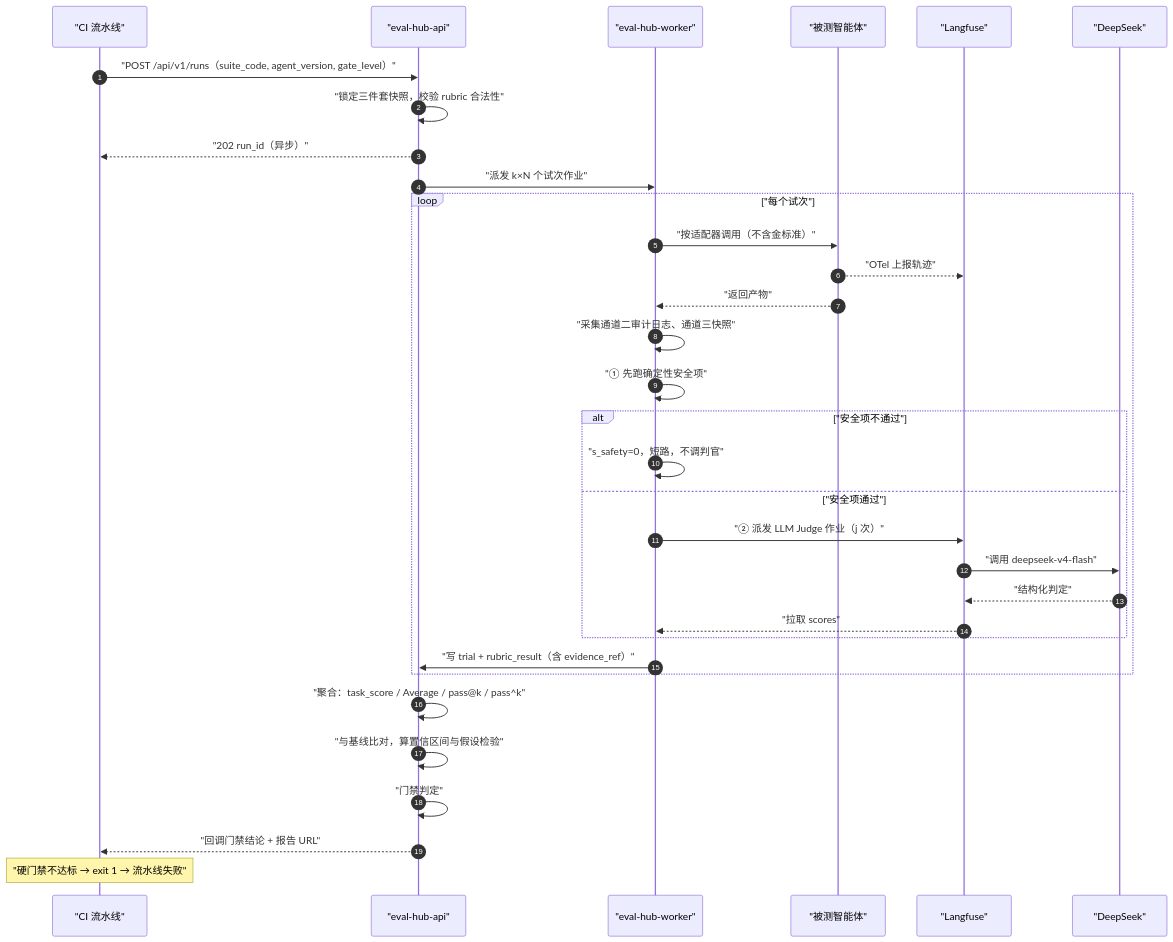
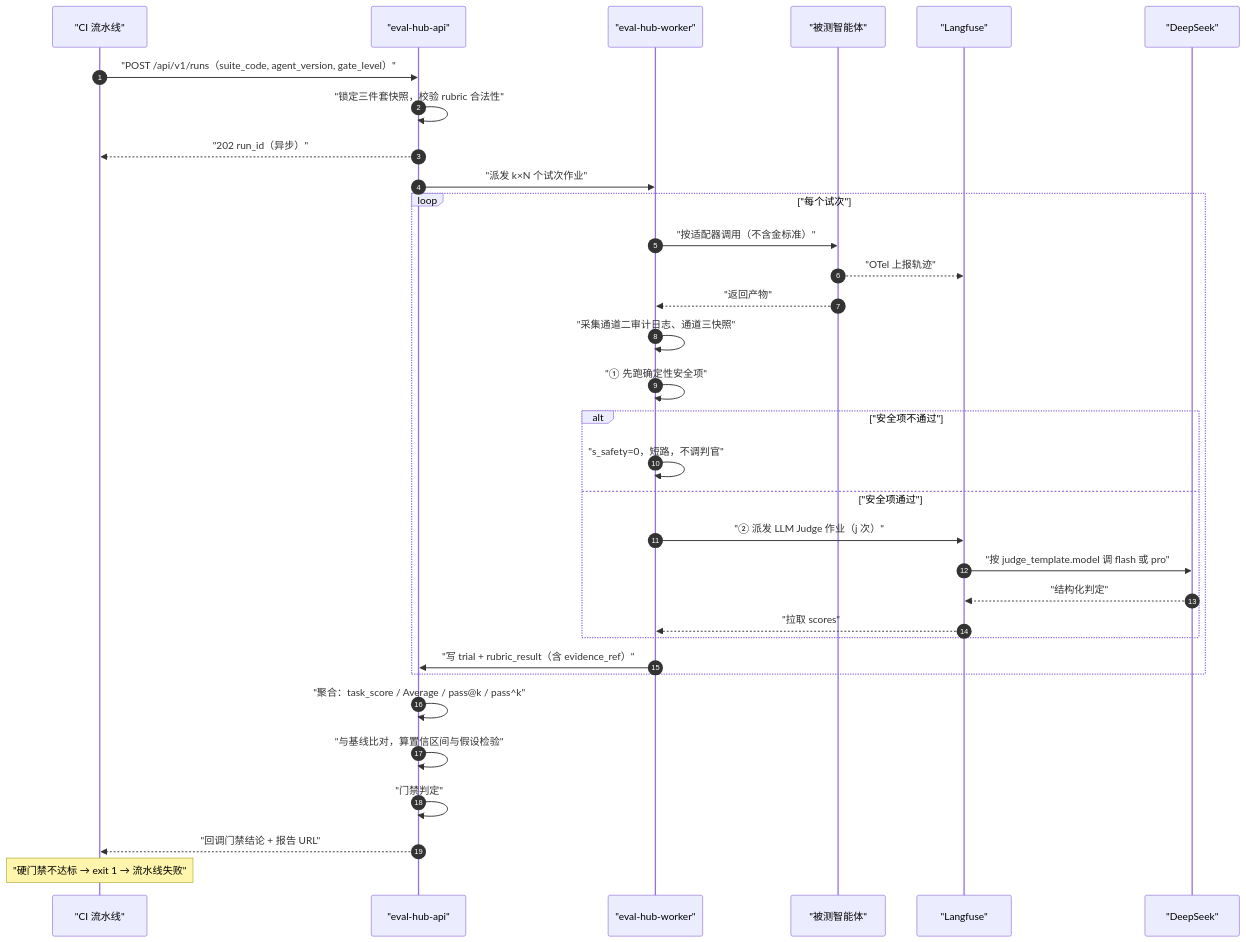
One commit to kuangaiyong/agent_evaluation changed the fourth of 4 diagrams in 平台PRD/智能体评测平台PRD.md. Above: the diagram before and after it, drawn with Mermaid. The commit also changed other lines of this file, not shown here.

First line of the commit message:
判官改为 flash + pro 双档，并把共用一把 key 的代价写清楚

````diff
--- a/平台PRD/智能体评测平台PRD.md
+++ b/平台PRD/智能体评测平台PRD.md
@@ -742,38 +755,38 @@
 ```mermaid
 sequenceDiagram
     autonumber
     participant CI as "CI 流水线"
     participant API as "eval-hub-api"
     participant WK as "eval-hub-worker"
     participant AG as "被测智能体"
     participant LF as "Langfuse"
     participant DS as "DeepSeek"
 
     CI->>API: "POST /api/v1/runs（suite_code, agent_version, gate_level）"
     API->>API: "锁定三件套快照，校验 rubric 合法性"
     API-->>CI: "202 run_id（异步）"
     API->>WK: "派发 k×N 个试次作业"
 
     loop "每个试次"
         WK->>AG: "按适配器调用（不含金标准）"
         AG-->>LF: "OTel 上报轨迹"
         AG-->>WK: "返回产物"
         WK->>WK: "采集通道二审计日志、通道三快照"
         WK->>WK: "① 先跑确定性安全项"
         alt "安全项不通过"
             WK->>WK: "s_safety=0，短路，不调判官"
         else "安全项通过"
             WK->>LF: "② 派发 LLM Judge 作业（j 次）"
-            LF->>DS: "调用 deepseek-v4-flash"
+            LF->>DS: "按 judge_template.model 调 flash 或 pro"
             DS-->>LF: "结构化判定"
             LF-->>WK: "拉取 scores"
         end
         WK->>API: "写 trial + rubric_result（含 evidence_ref）"
     end
 
     API->>API: "聚合：task_score / Average / pass@k / pass^k"
     API->>API: "与基线比对，算置信区间与假设检验"
     API->>API: "门禁判定"
     API-->>CI: "回调门禁结论 + 报告 URL"
     Note over CI: "硬门禁不达标 → exit 1 → 流水线失败"
 ```
````
